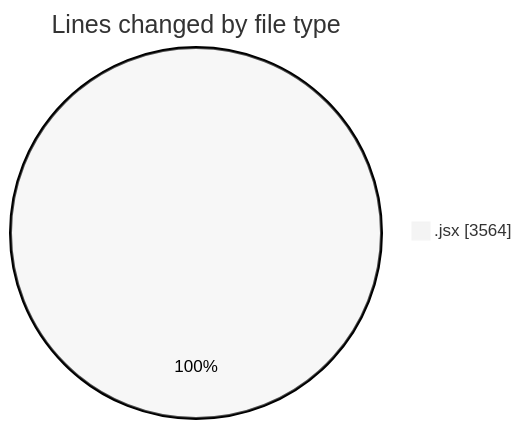
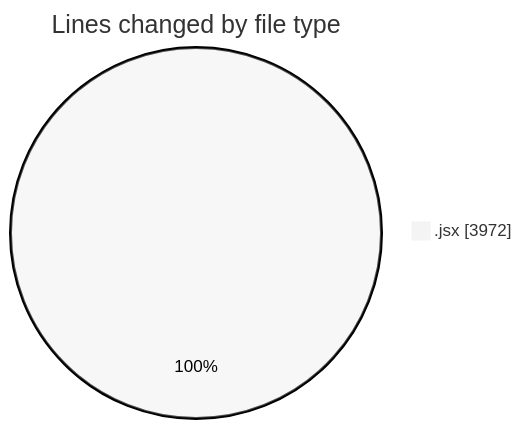
The first of 2 diagrams in 2025-07-15/argos/README.md (nxtqubesakshisongat/code-tracking), drawn with Mermaid (neutral theme) before and after one commit. The commit also changed other lines of this file and 1 other file, not shown here.

````diff
--- a/2025-07-15/argos/README.md
+++ b/2025-07-15/argos/README.md
@@ -26,5 +27,5 @@
 ```mermaid
 pie showData
 title Lines changed by file type
-".jsx" : 3564
+".jsx" : 3972
 ```
````
